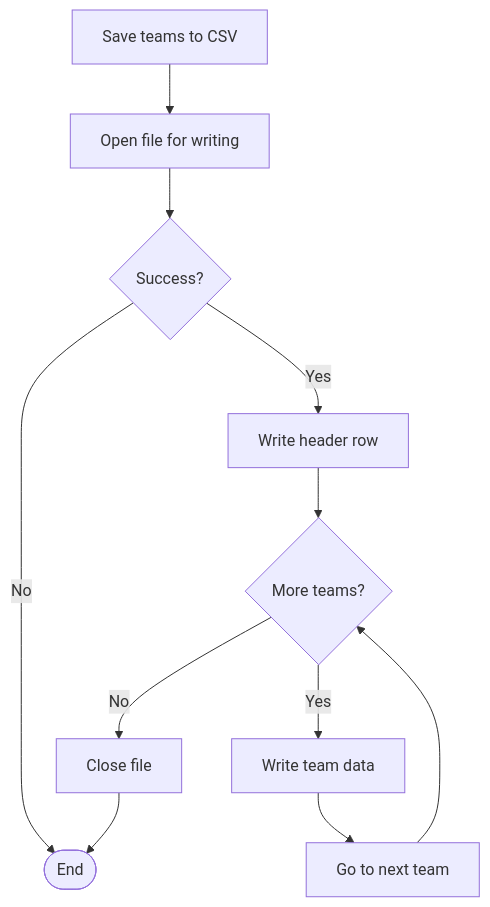
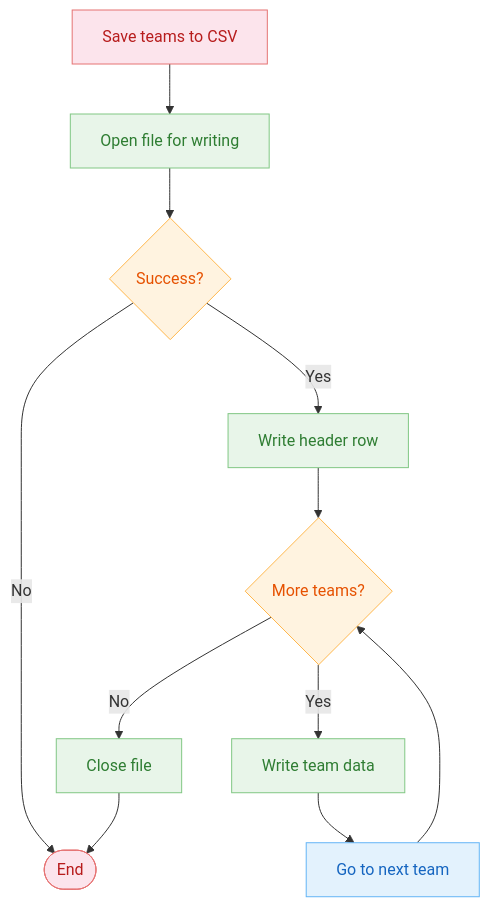
One commit to khanhthanhdev/CompSys changed diagram 17 of 18 in README.md. Above: the diagram before and after it, drawn with Mermaid. The commit also changed other lines of this file and 8 other files, not shown here.

````diff
--- a/README.md
+++ b/README.md
@@ -479,17 +564,22 @@
 ```mermaid
 flowchart TD
-    Start[Save teams to CSV] --> OpenFile[Open file for writing]
-    OpenFile --> CheckOpen{Success?}
+    classDef startEnd fill:#fce4ec,stroke:#e57373,color:#b71c1c
+    classDef process fill:#e3f2fd,stroke:#64b5f6,color:#1565c0
+    classDef decision fill:#fff3e0,stroke:#ffb74d,color:#e65100
+    classDef io fill:#e8f5e9,stroke:#81c784,color:#2e7d32
+
+    Start[Save teams to CSV]:::startEnd --> OpenFile[Open file for writing]:::io
+    OpenFile --> CheckOpen{Success?}:::decision
     
-    CheckOpen -->|No| Done([End])
-    CheckOpen -->|Yes| WriteHdr[Write header row]
+    CheckOpen -->|No| Done([End]):::startEnd
+    CheckOpen -->|Yes| WriteHdr[Write header row]:::io
     
-    WriteHdr --> MoreTeams{More teams?}
+    WriteHdr --> MoreTeams{More teams?}:::decision
     
-    MoreTeams -->|Yes| WriteRow[Write team data]
-    WriteRow --> NextTeam[Go to next team]
+    MoreTeams -->|Yes| WriteRow[Write team data]:::io
+    WriteRow --> NextTeam[Go to next team]:::process
     NextTeam --> MoreTeams
     
-    MoreTeams -->|No| Close[Close file]
+    MoreTeams -->|No| Close[Close file]:::io
     Close --> Done
 ```
````
